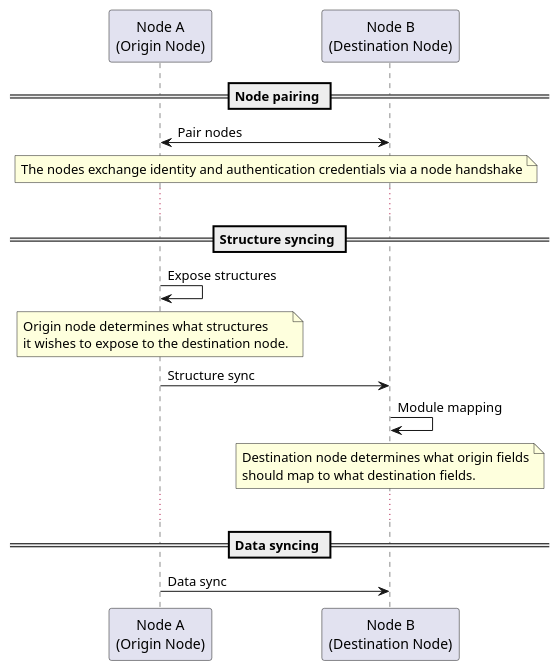
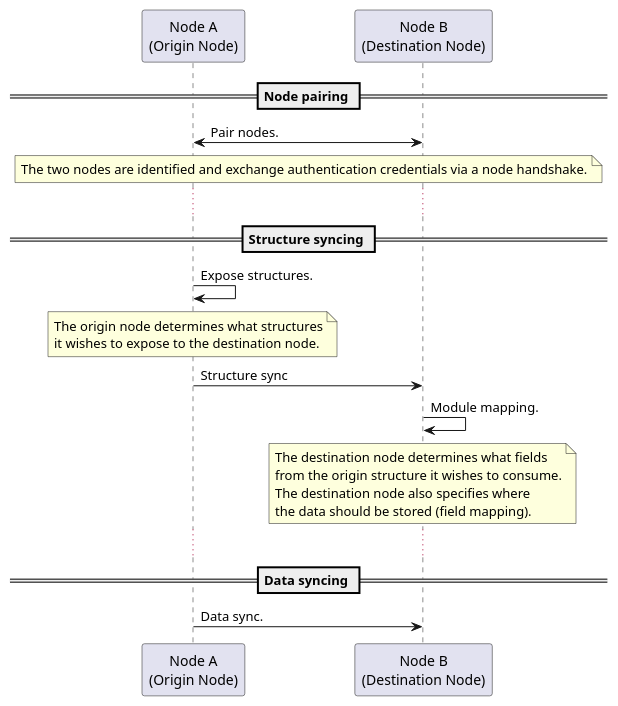
The diagram in src/modules/ROOT/pages/developer-guide/federation/index.adoc (cortezaproject/corteza-docs), drawn with PlantUML before and after one commit. The commit also changed other lines of this file and 33 other files, not shown here.

```diff
--- a/src/modules/ROOT/pages/developer-guide/federation/index.adoc
+++ b/src/modules/ROOT/pages/developer-guide/federation/index.adoc
@@ -7,30 +12,32 @@
 [plantuml,federation-overview,svg,role=sequence]
 ----
 @startuml
 skinparam ParticipantPadding 50
 participant "Node A\n(Origin Node)" as NodeA
 participant "Node B\n(Destination Node)" as NodeB
 
 == Node pairing ==
-NodeA <-> NodeB: Pair nodes
-note over NodeA, NodeB: The nodes exchange identity and authentication credentials via a node handshake
+NodeA <-> NodeB: Pair nodes.
+note over NodeA, NodeB: The two nodes are identified and exchange authentication credentials via a node handshake.
 ...
 == Structure syncing ==
-NodeA -> NodeA: Expose structures
+NodeA -> NodeA: Expose structures.
 note over NodeA
-Origin node determines what structures
+The origin node determines what structures
 it wishes to expose to the destination node.
 end note
 NodeA -> NodeB: Structure sync
 
-NodeB -> NodeB: Module mapping
+NodeB -> NodeB: Module mapping.
 note over NodeB
-Destination node determines what origin fields
-should map to what destination fields.
+The destination node determines what fields
+from the origin structure it wishes to consume.
+The destination node also specifies where
+the data should be stored (field mapping).
 end note
 ...
 == Data syncing ==
-NodeA -> NodeB: Data sync
+NodeA -> NodeB: Data sync.
 
 @enduml
 ----
```
